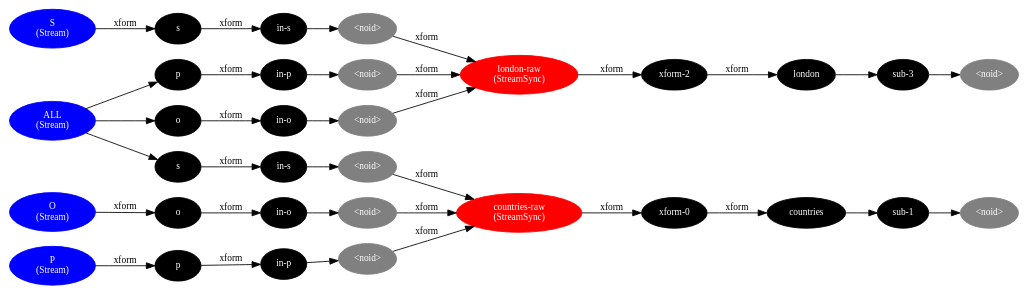
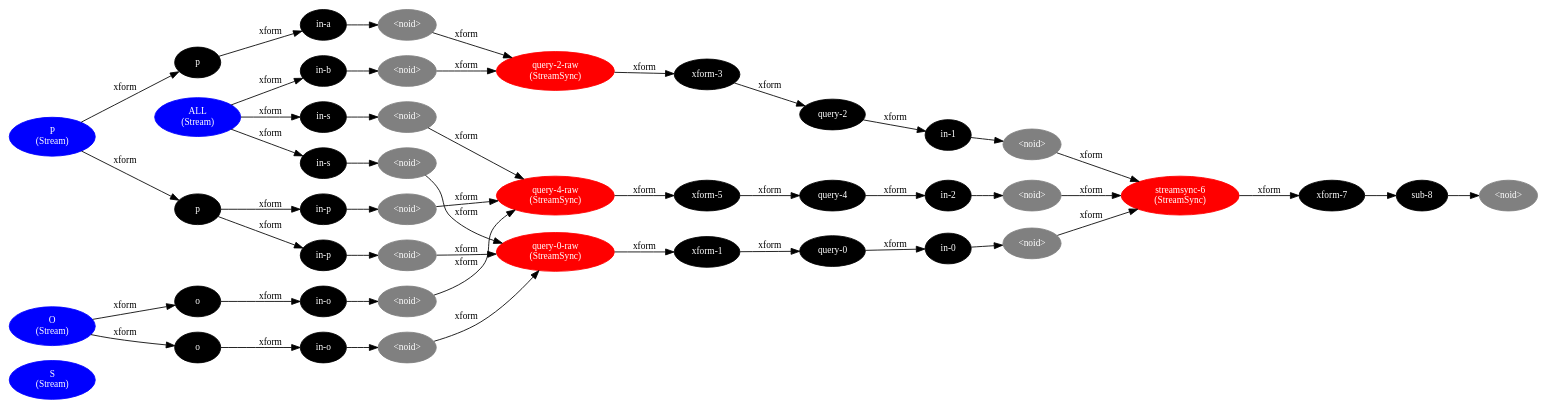
One commit to thi-ng/umbrella changed the diagram in assets/rs-query1.dot. Above: the diagram before and after it, drawn with Graphviz. The commit also changed 4 other files, not shown here.

```diff
--- a/assets/rs-query1.dot
+++ b/assets/rs-query1.dot
@@ -1,69 +1,94 @@
 digraph g {
 rankdir=LR;
 node[fontname=Inconsolata,fontsize=11,style=filled,fontcolor=white];
 edge[fontname=Inconsolata,fontsize=11];
-s0[label="S\n(Stream)", color=blue];
-s1[label="s", color=black];
-s2[label="in-s", color=black];
-s3[label="<noid>", color=gray];
-s4[label="london-raw\n(StreamSync)", color=red];
-s5[label="xform-2", color=black];
-s6[label="london", color=black];
-s7[label="sub-3", color=black];
-s8[label="<noid>", color=gray];
-s9[label="P\n(Stream)", color=blue];
-s10[label="p", color=black];
-s11[label="in-p", color=black];
-s12[label="<noid>", color=gray];
-s13[label="countries-raw\n(StreamSync)", color=red];
-s14[label="xform-0", color=black];
-s15[label="countries", color=black];
-s16[label="sub-1", color=black];
-s17[label="<noid>", color=gray];
-s18[label="O\n(Stream)", color=blue];
-s19[label="o", color=black];
-s20[label="in-o", color=black];
-s21[label="<noid>", color=gray];
-s22[label="ALL\n(Stream)", color=blue];
-s23[label="s", color=black];
-s24[label="in-s", color=black];
-s25[label="<noid>", color=gray];
-s26[label="p", color=black];
-s27[label="in-p", color=black];
-s28[label="<noid>", color=gray];
-s29[label="o", color=black];
-s30[label="in-o", color=black];
-s31[label="<noid>", color=gray];
-s7 -> s8;
-s6 -> s7;
-s5 -> s6[label="xform"];
-s4 -> s5[label="xform"];
-s3 -> s4[label="xform"];
-s2 -> s3;
-s1 -> s2[label="xform"];
-s0 -> s1[label="xform"];
-s16 -> s17;
-s15 -> s16;
-s14 -> s15[label="xform"];
-s13 -> s14[label="xform"];
-s12 -> s13[label="xform"];
+s0[label="S\n(Stream)", color="blue"];
+s1[label="P\n(Stream)", color="blue"];
+s2[label="p", color="black"];
+s3[label="in-p", color="black"];
+s4[label="<noid>", color="gray"];
+s5[label="query-0-raw\n(StreamSync)", color="red"];
+s6[label="xform-1", color="black"];
+s7[label="query-0", color="black"];
+s8[label="in-0", color="black"];
+s9[label="<noid>", color="gray"];
+s10[label="streamsync-6\n(StreamSync)", color="red"];
+s11[label="xform-7", color="black"];
+s12[label="sub-8", color="black"];
+s13[label="<noid>", color="gray"];
+s14[label="in-p", color="black"];
+s15[label="<noid>", color="gray"];
+s16[label="query-4-raw\n(StreamSync)", color="red"];
+s17[label="xform-5", color="black"];
+s18[label="query-4", color="black"];
+s19[label="in-2", color="black"];
+s20[label="<noid>", color="gray"];
+s21[label="p", color="black"];
+s22[label="in-a", color="black"];
+s23[label="<noid>", color="gray"];
+s24[label="query-2-raw\n(StreamSync)", color="red"];
+s25[label="xform-3", color="black"];
+s26[label="query-2", color="black"];
+s27[label="in-1", color="black"];
+s28[label="<noid>", color="gray"];
+s29[label="O\n(Stream)", color="blue"];
+s30[label="o", color="black"];
+s31[label="in-o", color="black"];
+s32[label="<noid>", color="gray"];
+s33[label="o", color="black"];
+s34[label="in-o", color="black"];
+s35[label="<noid>", color="gray"];
+s36[label="ALL\n(Stream)", color="blue"];
+s37[label="in-s", color="black"];
+s38[label="<noid>", color="gray"];
+s39[label="in-b", color="black"];
+s40[label="<noid>", color="gray"];
+s41[label="in-s", color="black"];
+s42[label="<noid>", color="gray"];
+s12 -> s13;
 s11 -> s12;
 s10 -> s11[label="xform"];
 s9 -> s10[label="xform"];
-s21 -> s13[label="xform"];
-s20 -> s21;
-s19 -> s20[label="xform"];
+s8 -> s9;
+s7 -> s8[label="xform"];
+s6 -> s7[label="xform"];
+s5 -> s6[label="xform"];
+s4 -> s5[label="xform"];
+s3 -> s4;
+s20 -> s10[label="xform"];
+s19 -> s20;
 s18 -> s19[label="xform"];
-s25 -> s13[label="xform"];
-s24 -> s25;
-s23 -> s24[label="xform"];
-s28 -> s4[label="xform"];
+s17 -> s18[label="xform"];
+s16 -> s17[label="xform"];
+s15 -> s16[label="xform"];
+s14 -> s15;
+s2 -> s3[label="xform"];
+s2 -> s14[label="xform"];
+s28 -> s10[label="xform"];
 s27 -> s28;
 s26 -> s27[label="xform"];
-s31 -> s4[label="xform"];
-s30 -> s31;
+s25 -> s26[label="xform"];
+s24 -> s25[label="xform"];
+s23 -> s24[label="xform"];
+s22 -> s23;
+s21 -> s22[label="xform"];
+s1 -> s2[label="xform"];
+s1 -> s21[label="xform"];
+s32 -> s5[label="xform"];
+s31 -> s32;
+s30 -> s31[label="xform"];
+s35 -> s16[label="xform"];
+s34 -> s35;
+s33 -> s34[label="xform"];
 s29 -> s30[label="xform"];
-s22 -> s23;
-s22 -> s26;
-s22 -> s29;
+s29 -> s33[label="xform"];
+s38 -> s5[label="xform"];
+s37 -> s38;
+s40 -> s24[label="xform"];
+s39 -> s40;
+s42 -> s16[label="xform"];
+s41 -> s42;
+s36 -> s37[label="xform"];
+s36 -> s39[label="xform"];
+s36 -> s41[label="xform"];
 }
```
